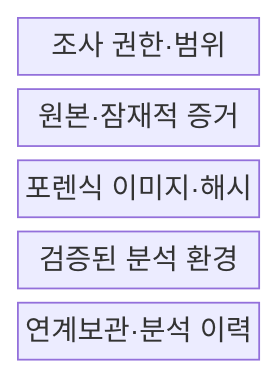
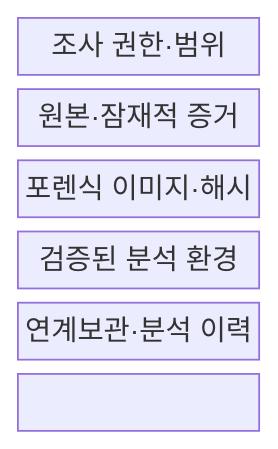
One commit to agnusdei1207/knowledge-base changed the first of 2 diagrams in src/content/docs/notes/05-security/114_digital_forensics.md. Above: the diagram before and after it, drawn with Mermaid. The commit also changed other lines of this file and 151 other files, not shown here.

````diff
--- a/src/content/docs/notes/05-security/114_digital_forensics.md
+++ b/src/content/docs/notes/05-security/114_digital_forensics.md
@@ -52,9 +52,11 @@
 ```mermaid
 block-beta
   columns 1
   A["조사 권한·범위"]
   O["원본·잠재적 증거"]
   C["포렌식 이미지·해시"]
   E["검증된 분석 환경"]
   H["연계보관·분석 이력"]
+  A --- O --- C
+  C --- E --- H
 ```
````
